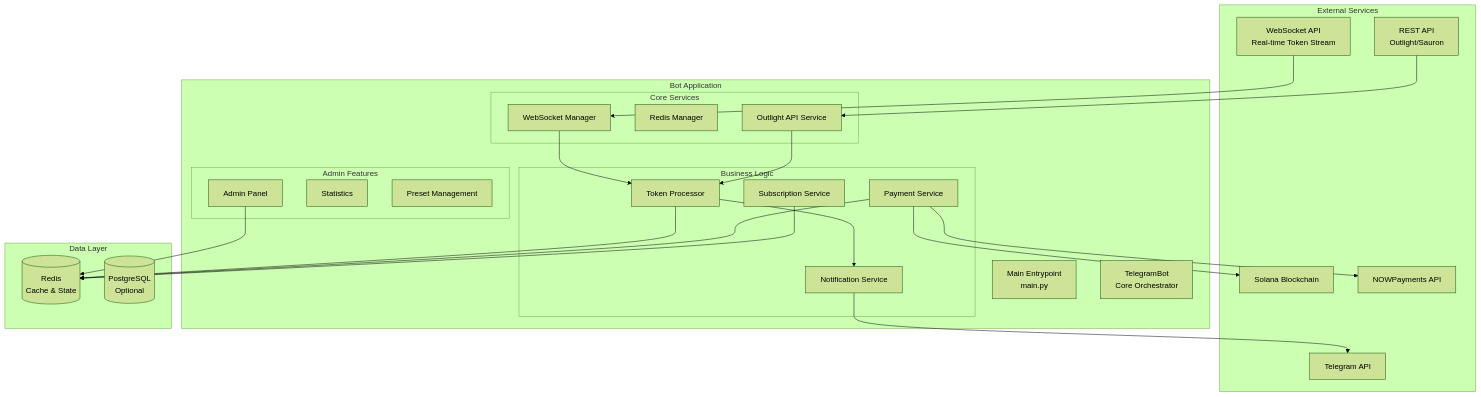
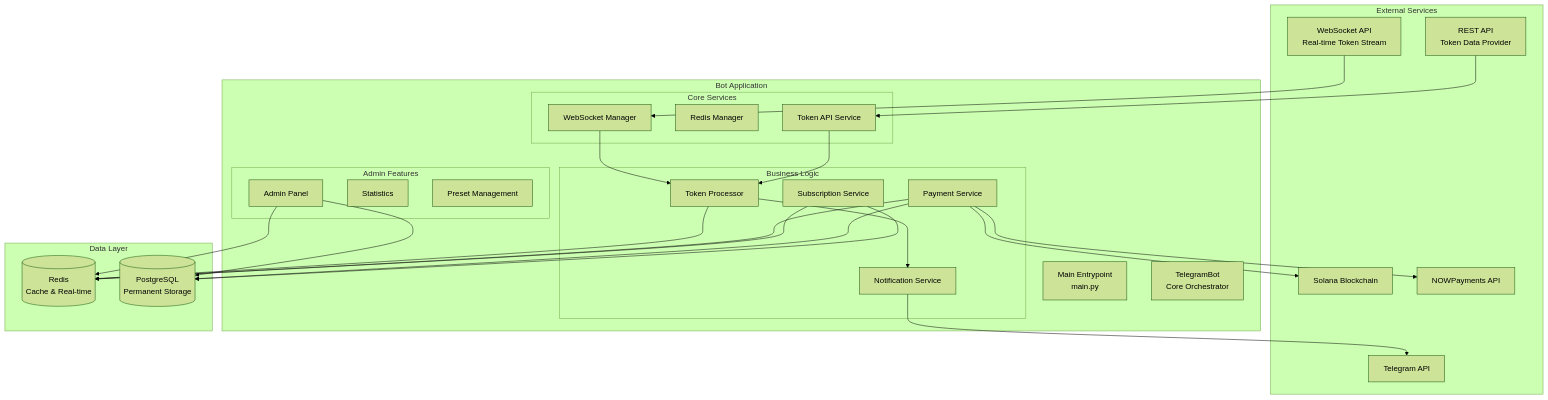
One commit to paradoxlabdev/crypto-trading-bot-portfolio changed the first of 3 diagrams in README.md. Above: the diagram before and after it, drawn with Mermaid (forest theme). The commit also changed other lines of this file, not shown here.

````diff
--- a/README.md
+++ b/README.md
@@ -32,52 +41,55 @@
 ```mermaid
 graph TB
     subgraph "External Services"
         WS[WebSocket API<br/>Real-time Token Stream]
-        API[REST API<br/>Outlight/Sauron]
+        API[REST API<br/>Token Data Provider]
         TG[Telegram API]
         SOL[Solana Blockchain]
         NP[NOWPayments API]
     end
     
     subgraph "Bot Application"
         MAIN[Main Entrypoint<br/>main.py]
         BOT[TelegramBot<br/>Core Orchestrator]
         
         subgraph "Core Services"
             WS_MGR[WebSocket Manager]
             REDIS_MGR[Redis Manager]
-            API_SVC[Outlight API Service]
+            API_SVC[Token API Service]
         end
         
         subgraph "Business Logic"
             TOKEN_PROC[Token Processor]
             NOTIF[Notification Service]
             PAY[Payment Service]
             SUB[Subscription Service]
         end
         
         subgraph "Admin Features"
             ADMIN[Admin Panel]
             STATS[Statistics]
             PRESETS[Preset Management]
         end
     end
     
     subgraph "Data Layer"
-        REDIS[(Redis<br/>Cache & State)]
-        PG[(PostgreSQL<br/>Optional)]
+        REDIS[(Redis<br/>Cache & Real-time)]
+        PG[(PostgreSQL<br/>Permanent Storage)]
     end
     
     WS --> WS_MGR
     API --> API_SVC
     WS_MGR --> TOKEN_PROC
     API_SVC --> TOKEN_PROC
     TOKEN_PROC --> NOTIF
     NOTIF --> TG
     PAY --> SOL
     PAY --> NP
     TOKEN_PROC --> REDIS
     PAY --> REDIS
+    PAY --> PG
     SUB --> REDIS
+    SUB --> PG
     ADMIN --> REDIS
+    ADMIN --> PG
 ```
````
